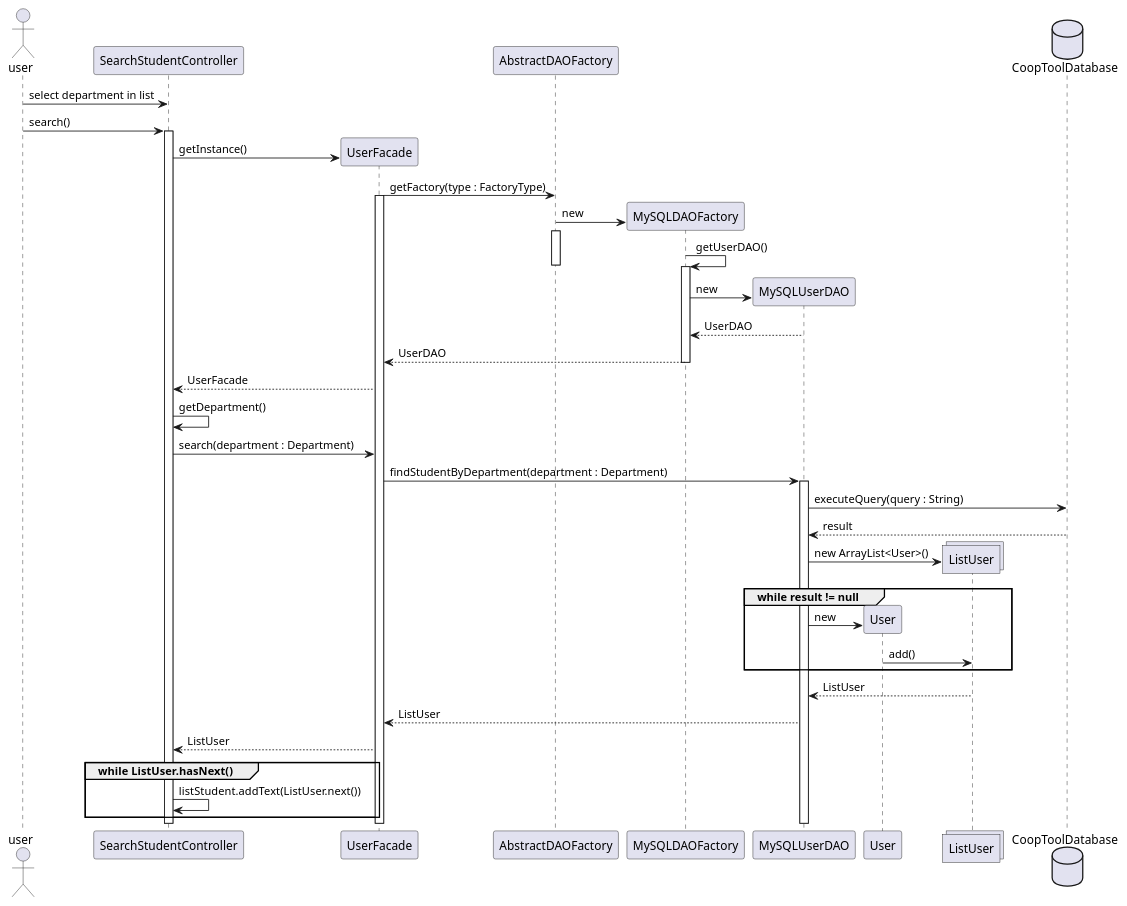
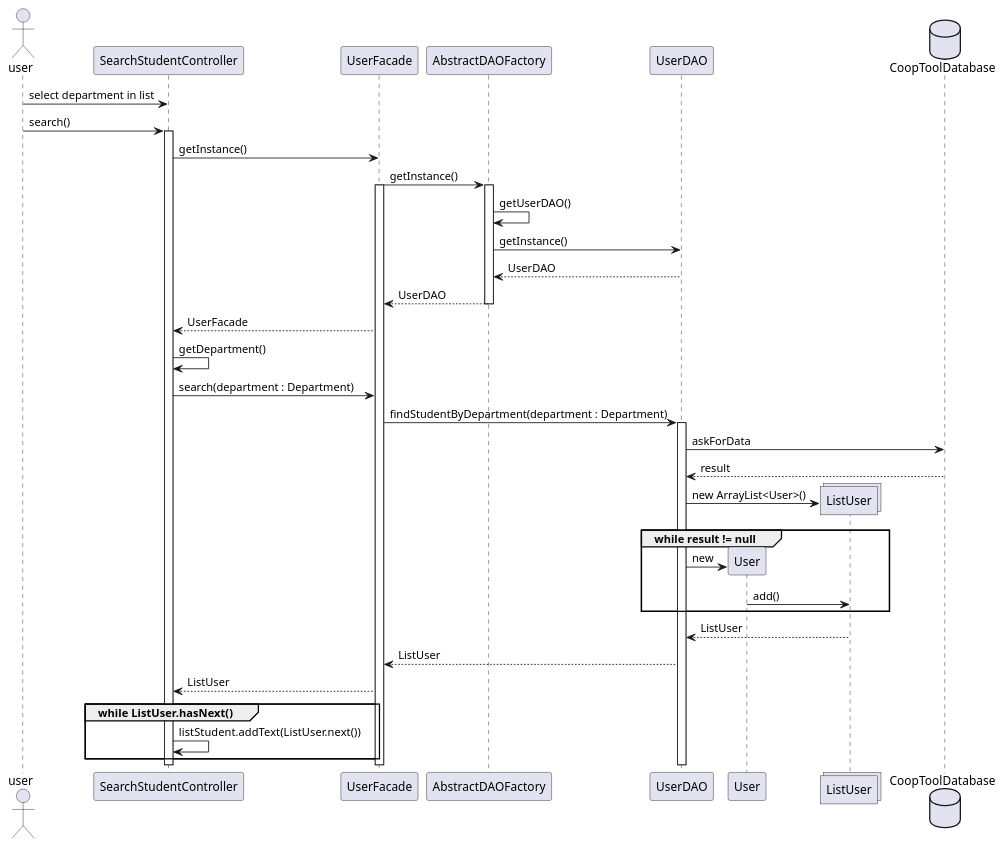
Before and after one commit to Guillaume-Dufour/coopToolProject: the diagram in ext/sequenceDiag/departmentManagementDiagram.puml, drawn with PlantUML.

Commit message:
department seq diag ok

```diff
--- a/ext/sequenceDiag/departmentManagementDiagram.puml
+++ b/ext/sequenceDiag/departmentManagementDiagram.puml
@@ -1,55 +1,48 @@
 @startuml
 actor user
 participant SearchStudentController
 participant UserFacade
 participant AbstractDAOFactory
-participant MySQLDAOFactory
-participant MySQLUserDAO
+participant UserDAO
 participant User
 collections ListUser
 database CoopToolDatabase
 
 user -> SearchStudentController : select department in list
 user -> SearchStudentController : search()
 activate SearchStudentController
-create UserFacade
 SearchStudentController -> UserFacade  : getInstance()
-UserFacade -> AbstractDAOFactory : getFactory(type : FactoryType)
+UserFacade -> AbstractDAOFactory : getInstance()
 activate UserFacade
-create MySQLDAOFactory
-AbstractDAOFactory -> MySQLDAOFactory : new
 activate AbstractDAOFactory
-MySQLDAOFactory -> MySQLDAOFactory : getUserDAO()
+AbstractDAOFactory -> AbstractDAOFactory : getUserDAO()
+AbstractDAOFactory -> UserDAO : getInstance()
+UserDAO --> AbstractDAOFactory : UserDAO
+AbstractDAOFactory --> UserFacade : UserDAO
 deactivate AbstractDAOFactory
-create MySQLUserDAO
-activate MySQLDAOFactory
-MySQLDAOFactory -> MySQLUserDAO : new
-MySQLUserDAO --> MySQLDAOFactory : UserDAO
-MySQLDAOFactory --> UserFacade : UserDAO
-deactivate MySQLDAOFactory
 UserFacade --> SearchStudentController : UserFacade
 SearchStudentController -> SearchStudentController : getDepartment()
 
 SearchStudentController -> UserFacade : search(department : Department)
-UserFacade -> MySQLUserDAO : findStudentByDepartment(department : Department)
-activate MySQLUserDAO
-MySQLUserDAO -> CoopToolDatabase : executeQuery(query : String)
-CoopToolDatabase --> MySQLUserDAO : result
+UserFacade -> UserDAO : findStudentByDepartment(department : Department)
+activate UserDAO
+UserDAO -> CoopToolDatabase : askForData
+CoopToolDatabase --> UserDAO : result
 create ListUser
-MySQLUserDAO -> ListUser : new ArrayList<User>()
+UserDAO -> ListUser : new ArrayList<User>()
 create User
 group while result != null
-    MySQLUserDAO -> User : new
+    UserDAO -> User : new
     User -> ListUser : add()
 end
-ListUser --> MySQLUserDAO : ListUser
-MySQLUserDAO --> UserFacade : ListUser
+ListUser --> UserDAO : ListUser
+UserDAO --> UserFacade : ListUser
 UserFacade --> SearchStudentController : ListUser
 group while ListUser.hasNext()
     SearchStudentController -> SearchStudentController : listStudent.addText(ListUser.next())
 end
 deactivate SearchStudentController
 deactivate UserFacade
-deactivate MySQLUserDAO
+deactivate UserDAO
 
 @enduml
```
